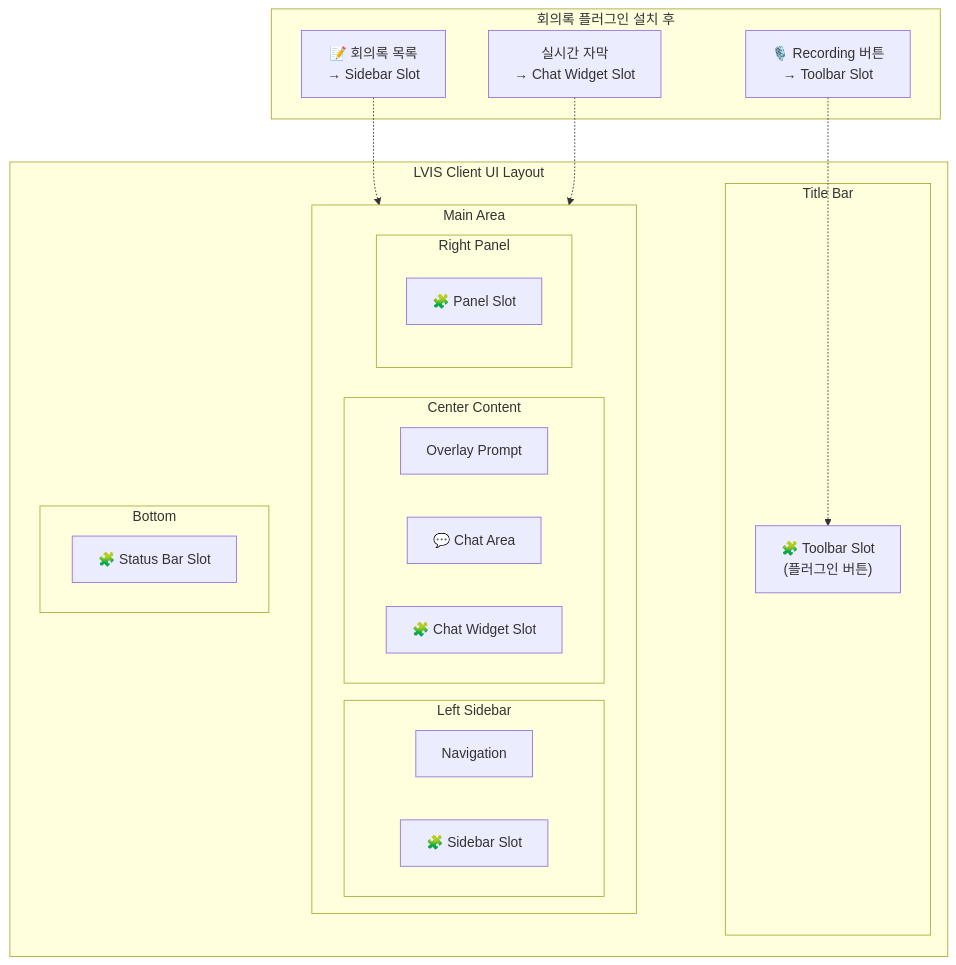
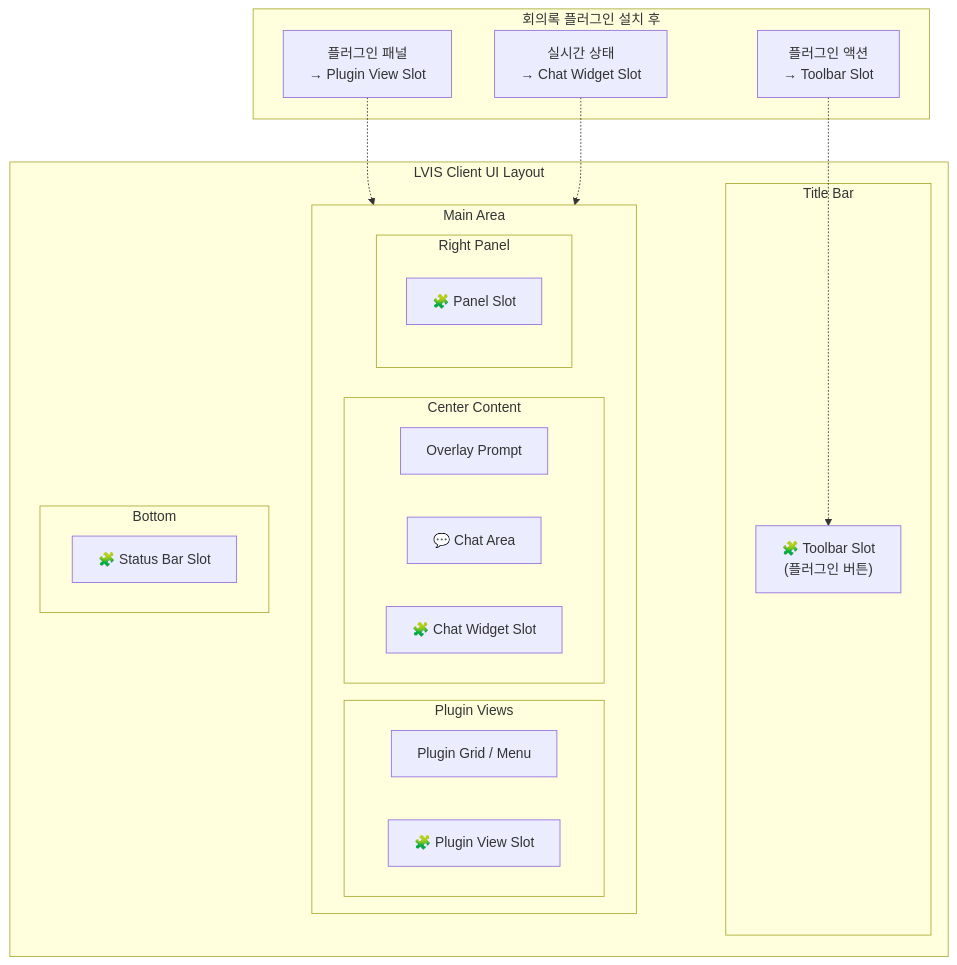
Before and after one commit to lvis-project/lvis-app: diagram 28 of 44 in docs/architecture/architecture.md, drawn with Mermaid. The commit also changed other lines of this file and 56 other files, not shown here.

````diff
--- a/docs/architecture/architecture.md
+++ b/docs/architecture/architecture.md
@@ -2487,38 +2487,38 @@
 ```mermaid
 graph TB
     subgraph "LVIS Client UI Layout"
         subgraph "Title Bar"
             TOOLBAR_SLOT["🧩 Toolbar Slot<br/>(플러그인 버튼)"]
         end
 
         subgraph "Main Area"
             direction LR
-            subgraph "Left Sidebar"
-                NAV["Navigation"]
-                SIDEBAR_SLOT["🧩 Sidebar Slot"]
+            subgraph "Plugin Views"
+                NAV["Plugin Grid / Menu"]
+                SIDEBAR_SLOT["🧩 Plugin View Slot"]
             end
             subgraph "Center Content"
                 OVERLAY_AREA["Overlay Prompt"]
                 CHAT_AREA["💬 Chat Area"]
                 CHAT_WIDGET_SLOT["🧩 Chat Widget Slot"]
             end
             subgraph "Right Panel"
                 PANEL_SLOT["🧩 Panel Slot"]
             end
         end
 
         subgraph "Bottom"
             STATUS_SLOT["🧩 Status Bar Slot"]
         end
     end
 
     subgraph "회의록 플러그인 설치 후"
-        MEETING_TOOLBAR["🎙️ Recording 버튼<br/>→ Toolbar Slot"]
-        MEETING_SIDEBAR["📝 회의록 목록<br/>→ Sidebar Slot"]
-        MEETING_WIDGET["실시간 자막<br/>→ Chat Widget Slot"]
+        PLUGIN_TOOLBAR["플러그인 액션<br/>→ Toolbar Slot"]
+        PLUGIN_PANEL["플러그인 패널<br/>→ Plugin View Slot"]
+        PLUGIN_WIDGET["실시간 상태<br/>→ Chat Widget Slot"]
     end
 
-    MEETING_TOOLBAR -.-> TOOLBAR_SLOT
-    MEETING_SIDEBAR -.-> SIDEBAR_SLOT
-    MEETING_WIDGET -.-> CHAT_WIDGET_SLOT
+    PLUGIN_TOOLBAR -.-> TOOLBAR_SLOT
+    PLUGIN_PANEL -.-> SIDEBAR_SLOT
+    PLUGIN_WIDGET -.-> CHAT_WIDGET_SLOT
 ```
````
